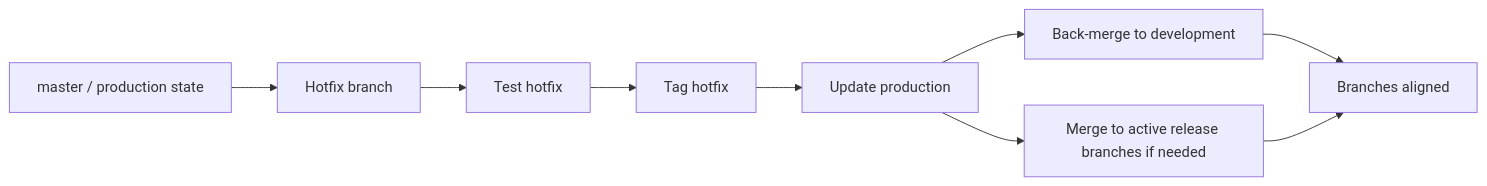
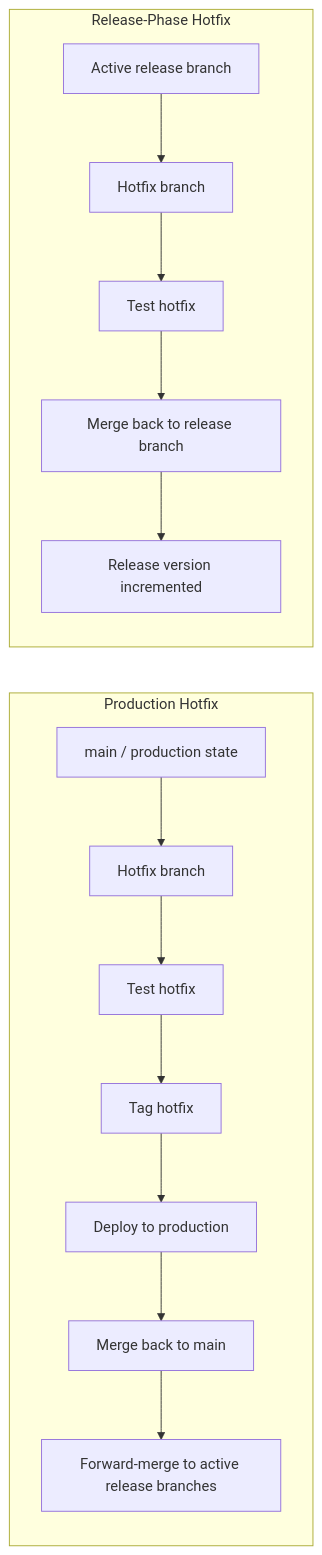
The first of 2 diagrams in docs/hotfix-and-rollback.md (benanaktaspusulait/branching-strategy), drawn with Mermaid before and after one commit. The commit also changed other lines of this file and 7 other files, not shown here.

````diff
--- a/docs/hotfix-and-rollback.md
+++ b/docs/hotfix-and-rollback.md
@@ -30,11 +51,18 @@
 ```mermaid
 flowchart LR
-  M["master / production state"] --> HF["Hotfix branch"]
-  HF --> TEST["Test hotfix"]
-  TEST --> TAG["Tag hotfix"]
-  TAG --> PROD["Update production"]
-  PROD --> BACKDEV["Back-merge to development"]
-  PROD --> BACKREL["Merge to active release branches if needed"]
-  BACKDEV --> ALIGNED["Branches aligned"]
-  BACKREL --> ALIGNED
+  subgraph PROD_HF["Production Hotfix"]
+    M["main / production state"] --> HF["Hotfix branch"]
+    HF --> TEST["Test hotfix"]
+    TEST --> TAG["Tag hotfix"]
+    TAG --> DEPLOY["Deploy to production"]
+    DEPLOY --> BACK_MAIN["Merge back to main"]
+    BACK_MAIN --> FWD["Forward-merge to active release branches"]
+  end
+
+  subgraph REL_HF["Release-Phase Hotfix"]
+    REL["Active release branch"] --> RHF["Hotfix branch"]
+    RHF --> RTEST["Test hotfix"]
+    RTEST --> RMERGE["Merge back to release branch"]
+    RMERGE --> RVER["Release version incremented"]
+  end
 ```
````
